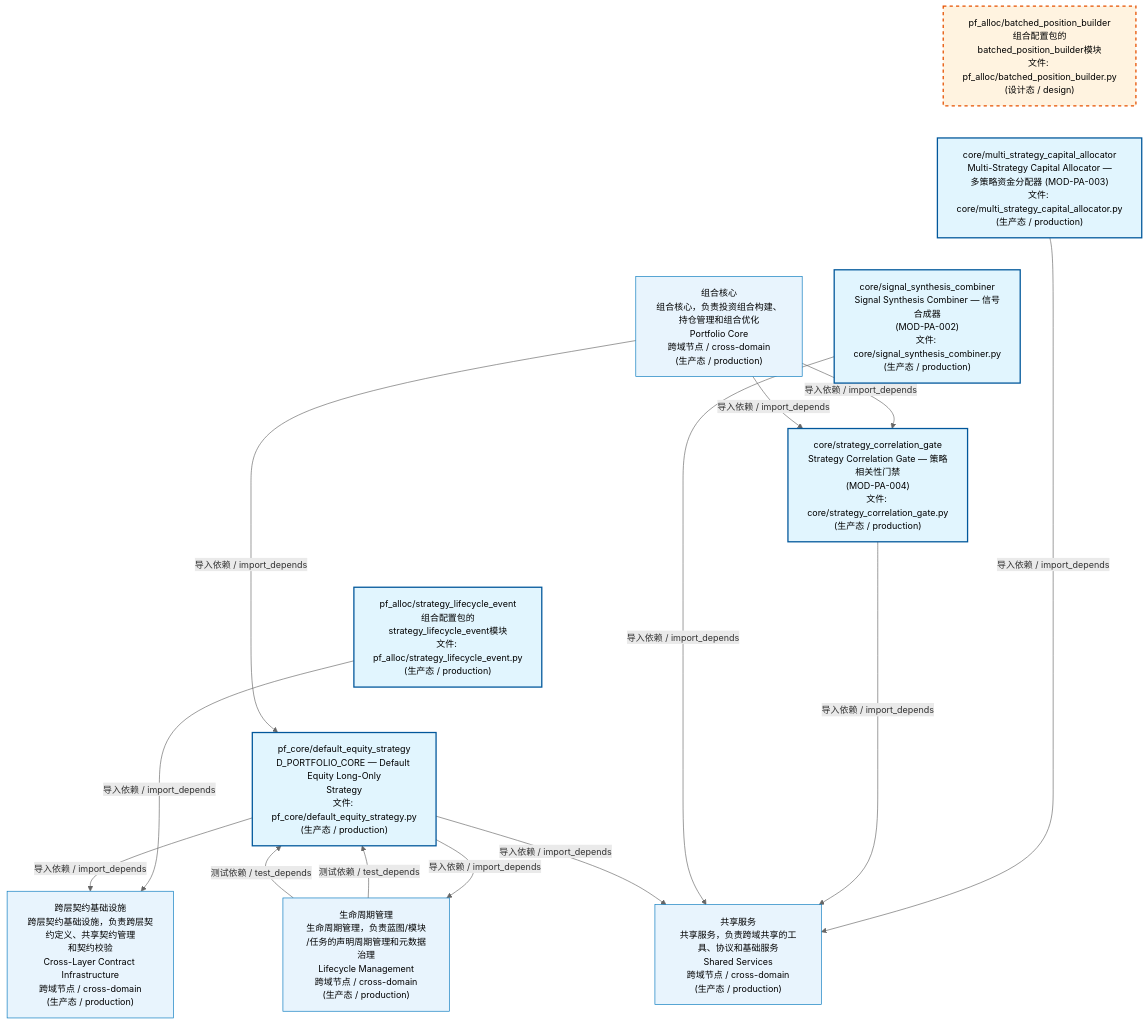
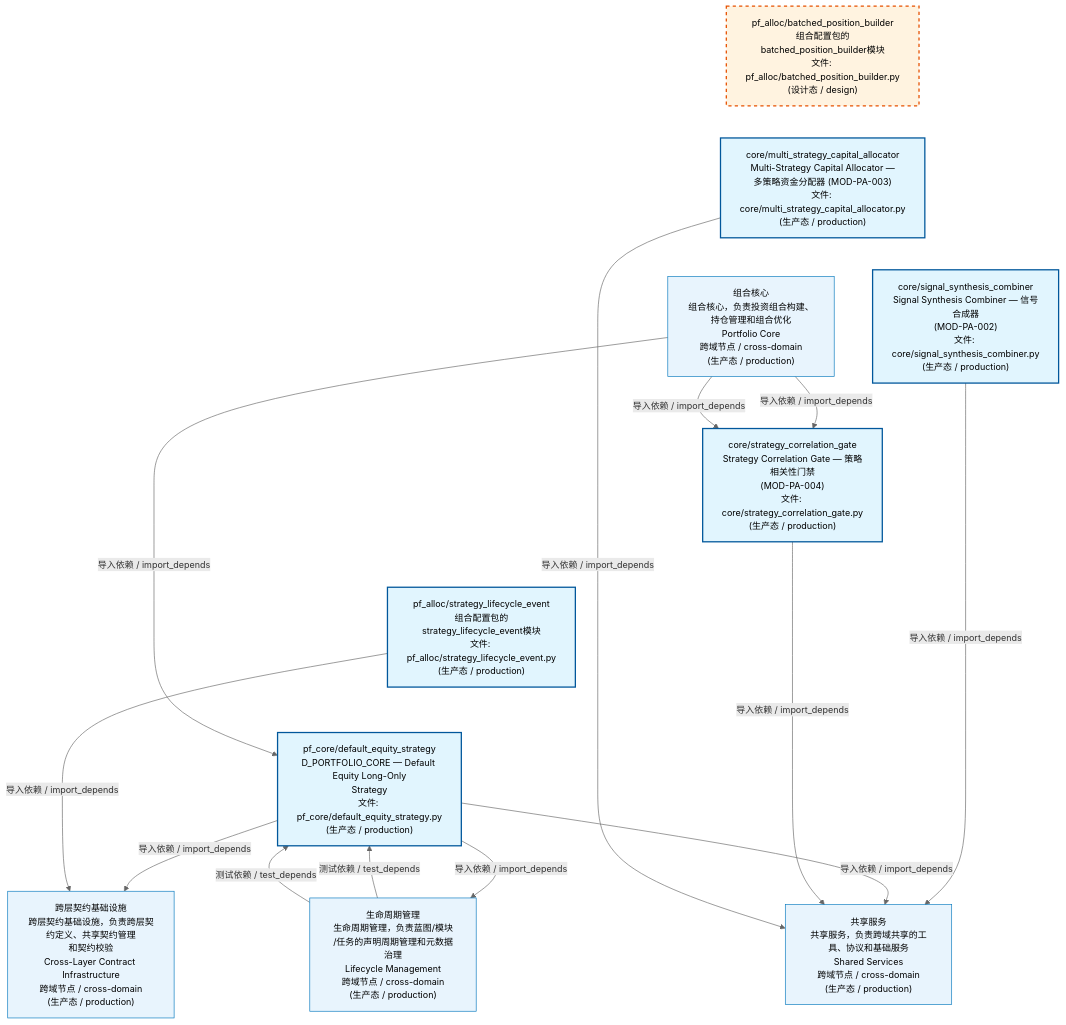
One commit to xuanFelixVan/ZephyrAlpha changed the first of 4 diagrams in docs/02_enterprise_architecture/02_domain_architecture_docs/62_d_pf_alloc.md. Above: the diagram before and after it, drawn with Mermaid. The commit also changed 44 other files, not shown here.

````diff
--- a/docs/02_enterprise_architecture/02_domain_architecture_docs/62_d_pf_alloc.md
+++ b/docs/02_enterprise_architecture/02_domain_architecture_docs/62_d_pf_alloc.md
@@ -53,38 +53,38 @@
 ```mermaid
 %%{init: {'theme': 'base', 'themeVariables': {'primaryColor': '#eaeaea', 'primaryTextColor': '#333333', 'primaryBorderColor': '#666666', 'lineColor': '#666666', 'secondaryColor': '#eaeaea', 'tertiaryColor': '#eaeaea', 'fontSize': '14px'}}}%%
 flowchart TD
     src_zephyr_pf_alloc_batched_position_builder_py["pf_alloc/batched_position_builder<br/>组合配置包的batched_position_builder模块<br/>文件: pf_alloc/batched_position_builder.py<br/>(设计态 / design)"]
     src_zephyr_pf_alloc_core_multi_strategy_capital_allocator_py["core/multi_strategy_capital_allocator<br/>Multi-Strategy Capital Allocator —<br/>多策略资金分配器 (MOD-PA-003)<br/>文件: core/multi_strategy_capital_allocator.py<br/>(生产态 / production)"]
     src_zephyr_pf_alloc_core_signal_synthesis_combiner_py["core/signal_synthesis_combiner<br/>Signal Synthesis Combiner — 信号合成器<br/>(MOD-PA-002)<br/>文件: core/signal_synthesis_combiner.py<br/>(生产态 / production)"]
     src_zephyr_pf_alloc_core_strategy_correlation_gate_py["core/strategy_correlation_gate<br/>Strategy Correlation Gate — 策略相关性门禁<br/>(MOD-PA-004)<br/>文件: core/strategy_correlation_gate.py<br/>(生产态 / production)"]
     src_zephyr_pf_alloc_strategy_lifecycle_event_py["pf_alloc/strategy_lifecycle_event<br/>组合配置包的strategy_lifecycle_event模块<br/>文件: pf_alloc/strategy_lifecycle_event.py<br/>(生产态 / production)"]
     src_zephyr_pf_core_default_equity_strategy_py["pf_core/default_equity_strategy<br/>D_PORTFOLIO_CORE — Default Equity Long-Only<br/>Strategy<br/>文件: pf_core/default_equity_strategy.py<br/>(生产态 / production)"]
     src_zephyr_pf_alloc_batched_position_builder_py ~~~ src_zephyr_pf_alloc_core_multi_strategy_capital_allocator_py
     src_zephyr_pf_alloc_core_multi_strategy_capital_allocator_py ~~~ src_zephyr_pf_alloc_core_signal_synthesis_combiner_py
     src_zephyr_pf_alloc_core_signal_synthesis_combiner_py ~~~ src_zephyr_pf_alloc_core_strategy_correlation_gate_py
     src_zephyr_pf_alloc_core_strategy_correlation_gate_py ~~~ src_zephyr_pf_alloc_strategy_lifecycle_event_py
     src_zephyr_pf_alloc_strategy_lifecycle_event_py ~~~ src_zephyr_pf_core_default_equity_strategy_py
-    D_INFRASTRUCTURE["跨层契约基础设施<br/>跨层契约基础设施，负责跨层契约定义、共享契约管理<br/>和契约校验<br/>Cross-Layer Contract Infrastructure<br/>跨域节点 / cross-domain<br/>(生产态 / production)"]
-    src_zephyr_pf_alloc_strategy_lifecycle_event_py -->|导入依赖 / import_depends| D_INFRASTRUCTURE
     D_SHARED["共享服务<br/>共享服务，负责跨域共享的工具、协议和基础服务<br/>Shared Services<br/>跨域节点 / cross-domain<br/>(生产态 / production)"]
-    src_zephyr_pf_alloc_core_multi_strategy_capital_allocator_py -->|导入依赖 / import_depends| D_SHARED
-    src_zephyr_pf_alloc_core_strategy_correlation_gate_py -->|导入依赖 / import_depends| D_SHARED
     src_zephyr_pf_alloc_core_signal_synthesis_combiner_py -->|导入依赖 / import_depends| D_SHARED
     D_GOVERNANCE["生命周期管理<br/>生命周期管理，负责蓝图/模块<br/>/任务的声明周期管理和元数据治理<br/>Lifecycle Management<br/>跨域节点 / cross-domain<br/>(生产态 / production)"]
     src_zephyr_pf_core_default_equity_strategy_py -->|导入依赖 / import_depends| D_GOVERNANCE
     src_zephyr_pf_core_default_equity_strategy_py -->|导入依赖 / import_depends| D_SHARED
+    src_zephyr_pf_alloc_core_strategy_correlation_gate_py -->|导入依赖 / import_depends| D_SHARED
+    src_zephyr_pf_alloc_core_multi_strategy_capital_allocator_py -->|导入依赖 / import_depends| D_SHARED
+    D_INFRASTRUCTURE["跨层契约基础设施<br/>跨层契约基础设施，负责跨层契约定义、共享契约管理<br/>和契约校验<br/>Cross-Layer Contract Infrastructure<br/>跨域节点 / cross-domain<br/>(生产态 / production)"]
     src_zephyr_pf_core_default_equity_strategy_py -->|导入依赖 / import_depends| D_INFRASTRUCTURE
+    src_zephyr_pf_alloc_strategy_lifecycle_event_py -->|导入依赖 / import_depends| D_INFRASTRUCTURE
     D_PF_CORE["组合核心<br/>组合核心，负责投资组合构建、持仓管理和组合优化<br/>Portfolio Core<br/>跨域节点 / cross-domain<br/>(生产态 / production)"]
     D_PF_CORE -->|导入依赖 / import_depends| src_zephyr_pf_alloc_core_strategy_correlation_gate_py
-    D_PF_CORE -->|导入依赖 / import_depends| src_zephyr_pf_core_default_equity_strategy_py
     D_GOVERNANCE -->|测试依赖 / test_depends| src_zephyr_pf_core_default_equity_strategy_py
     D_GOVERNANCE -->|测试依赖 / test_depends| src_zephyr_pf_core_default_equity_strategy_py
+    D_PF_CORE -->|导入依赖 / import_depends| src_zephyr_pf_core_default_equity_strategy_py
     D_PF_CORE -->|导入依赖 / import_depends| src_zephyr_pf_alloc_core_strategy_correlation_gate_py
     classDef production fill:#e1f5fe,stroke:#01579b,stroke-width:2px,color:#000
     classDef design fill:#fff3e0,stroke:#e65100,stroke-width:2px,color:#000,stroke-dasharray: 5 5
     classDef external_prod fill:#e8f4fd,stroke:#0277bd,stroke-width:1px,color:#000
     classDef external_design fill:#fff8e7,stroke:#ef6c00,stroke-width:1px,color:#000,stroke-dasharray: 5 5
     class src_zephyr_pf_alloc_core_multi_strategy_capital_allocator_py,src_zephyr_pf_alloc_core_signal_synthesis_combiner_py,src_zephyr_pf_alloc_core_strategy_correlation_gate_py,src_zephyr_pf_alloc_strategy_lifecycle_event_py,src_zephyr_pf_core_default_equity_strategy_py production
     class src_zephyr_pf_alloc_batched_position_builder_py design
-    class D_INFRASTRUCTURE,D_SHARED,D_GOVERNANCE,D_PF_CORE external_prod
+    class D_SHARED,D_GOVERNANCE,D_INFRASTRUCTURE,D_PF_CORE external_prod
 ```
````
